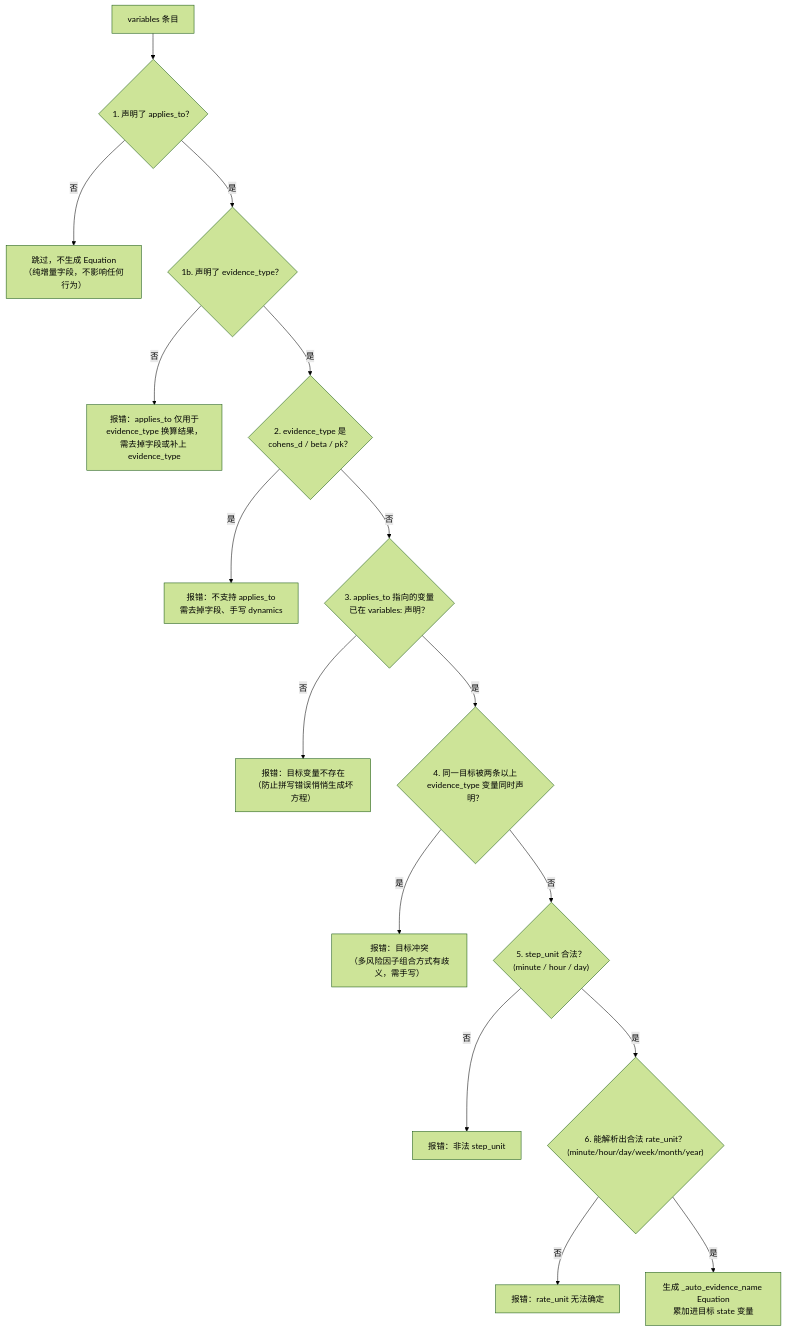
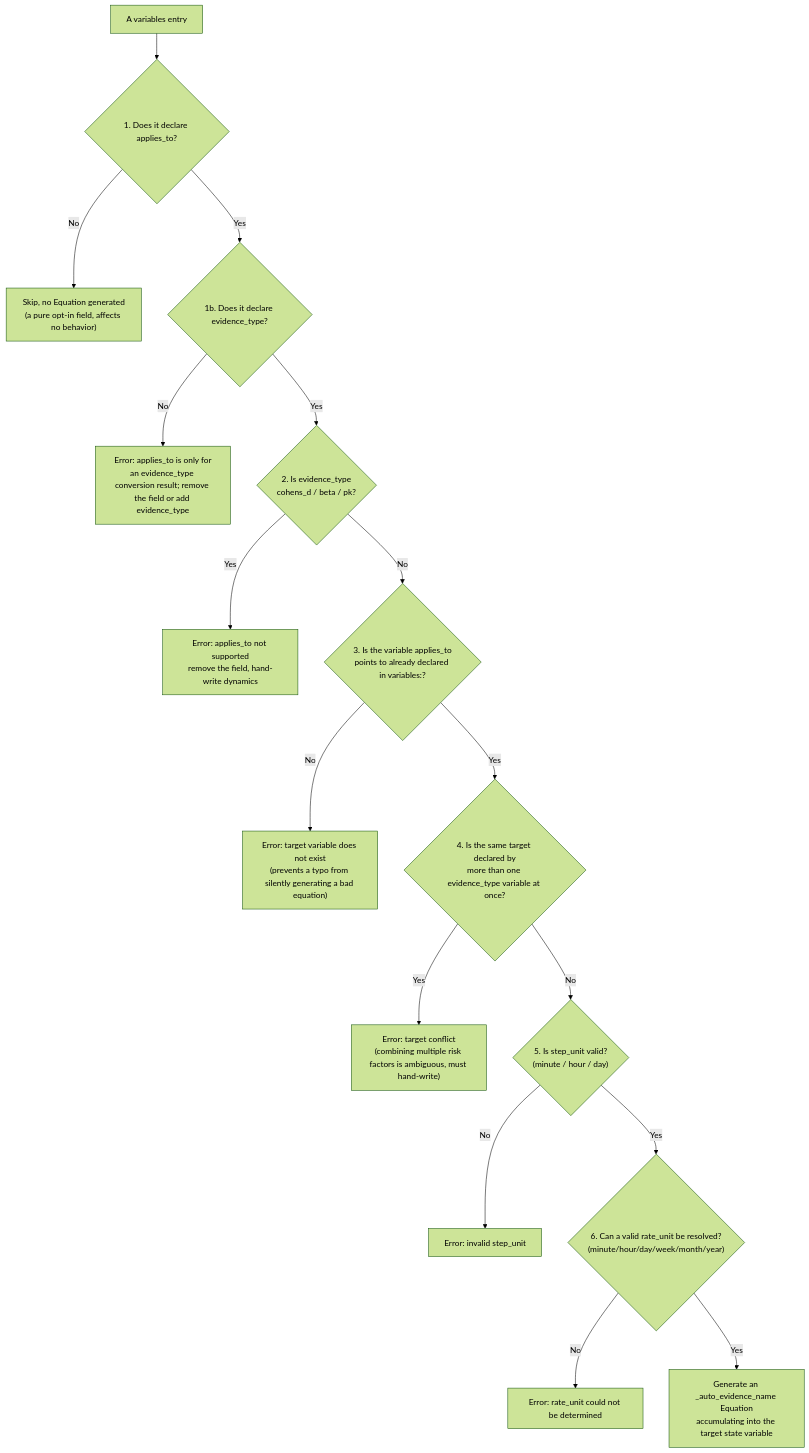
One commit to shenfan19/life-matters-reference-engine changed the diagram in docs/evidence/applies_to.md. Above: the diagram before and after it, drawn with Mermaid (forest theme). The commit also changed other lines of this file and 81 other files, not shown here.

````diff
--- a/docs/evidence/applies_to.md
+++ b/docs/evidence/applies_to.md
@@ -19,18 +19,18 @@
 ```mermaid
 flowchart TD
-    S0["variables 条目"] --> C1{"1. 声明了 applies_to？"}
-    C1 -->|"否"| SKIP["跳过，不生成 Equation<br/>（纯增量字段，不影响任何行为）"]
-    C1 -->|"是"| C1b{"1b. 声明了 evidence_type？"}
-    C1b -->|"否"| ERR0["报错：applies_to 仅用于<br/>evidence_type 换算结果，需去掉字段或补上 evidence_type"]
-    C1b -->|"是"| C2{"2. evidence_type 是<br/>cohens_d / beta / pk？"}
-    C2 -->|"是"| ERR1["报错：不支持 applies_to<br/>需去掉字段、手写 dynamics"]
-    C2 -->|"否"| C3{"3. applies_to 指向的变量<br/>已在 variables: 声明？"}
-    C3 -->|"否"| ERR2["报错：目标变量不存在<br/>（防止拼写错误悄悄生成坏方程）"]
-    C3 -->|"是"| C4{"4. 同一目标被两条以上<br/>evidence_type 变量同时声明？"}
-    C4 -->|"是"| ERR3["报错：目标冲突<br/>（多风险因子组合方式有歧义，需手写）"]
-    C4 -->|"否"| C5{"5. step_unit 合法？<br/>(minute / hour / day)"}
-    C5 -->|"否"| ERR4["报错：非法 step_unit"]
-    C5 -->|"是"| C6{"6. 能解析出合法 rate_unit？<br/>(minute/hour/day/week/month/year)"}
-    C6 -->|"否"| ERR5["报错：rate_unit 无法确定"]
-    C6 -->|"是"| OK["生成 _auto_evidence_name Equation<br/>累加进目标 state 变量"]
+    S0["A variables entry"] --> C1{"1. Does it declare applies_to?"}
+    C1 -->|"No"| SKIP["Skip, no Equation generated<br/>(a pure opt-in field, affects no behavior)"]
+    C1 -->|"Yes"| C1b{"1b. Does it declare evidence_type?"}
+    C1b -->|"No"| ERR0["Error: applies_to is only for<br/>an evidence_type conversion result; remove the field or add evidence_type"]
+    C1b -->|"Yes"| C2{"2. Is evidence_type<br/>cohens_d / beta / pk?"}
+    C2 -->|"Yes"| ERR1["Error: applies_to not supported<br/>remove the field, hand-write dynamics"]
+    C2 -->|"No"| C3{"3. Is the variable applies_to<br/>points to already declared in variables:?"}
+    C3 -->|"No"| ERR2["Error: target variable does not exist<br/>(prevents a typo from silently generating a bad equation)"]
+    C3 -->|"Yes"| C4{"4. Is the same target declared by<br/>more than one evidence_type variable at once?"}
+    C4 -->|"Yes"| ERR3["Error: target conflict<br/>(combining multiple risk factors is ambiguous, must hand-write)"]
+    C4 -->|"No"| C5{"5. Is step_unit valid?<br/>(minute / hour / day)"}
+    C5 -->|"No"| ERR4["Error: invalid step_unit"]
+    C5 -->|"Yes"| C6{"6. Can a valid rate_unit be resolved?<br/>(minute/hour/day/week/month/year)"}
+    C6 -->|"No"| ERR5["Error: rate_unit could not be determined"]
+    C6 -->|"Yes"| OK["Generate an _auto_evidence_name Equation<br/>accumulating into the target state variable"]
 ```
````
